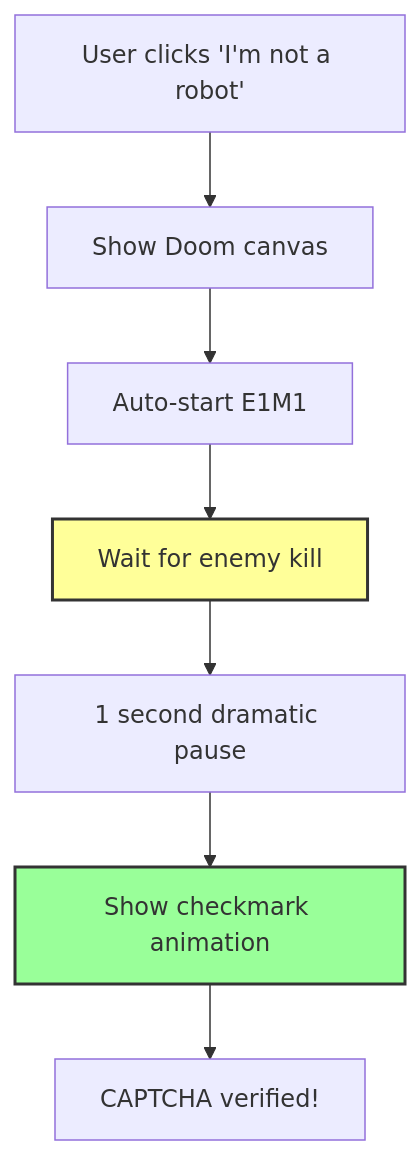
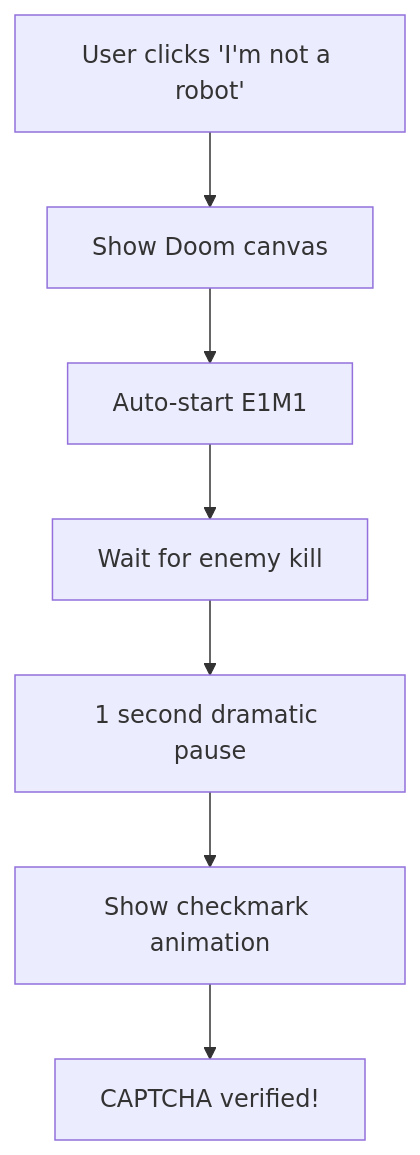
The tenth of 11 diagrams in opus-docs/doom-wasm-explained.md (GithubAnant/doomtcha), drawn with Mermaid before and after one commit. The commit also changed other lines of this file, not shown here.

Commit message:
refactor: remove explicit styling from Mermaid diagrams in documentation

````diff
--- a/opus-docs/doom-wasm-explained.md
+++ b/opus-docs/doom-wasm-explained.md
@@ -462,12 +458,11 @@
 ```mermaid
 flowchart TD
     A[User clicks 'I'm not a robot'] --> B[Show Doom canvas]
     B --> C[Auto-start E1M1]
     C --> D[Wait for enemy kill]
     D --> E[1 second dramatic pause]
     E --> F[Show checkmark animation]
     F --> G[CAPTCHA verified!]
 
-    style D fill:#ff9,stroke:#333,stroke-width:2px
-    style F fill:#9f9,stroke:#333,stroke-width:2px
+
 ```
````
